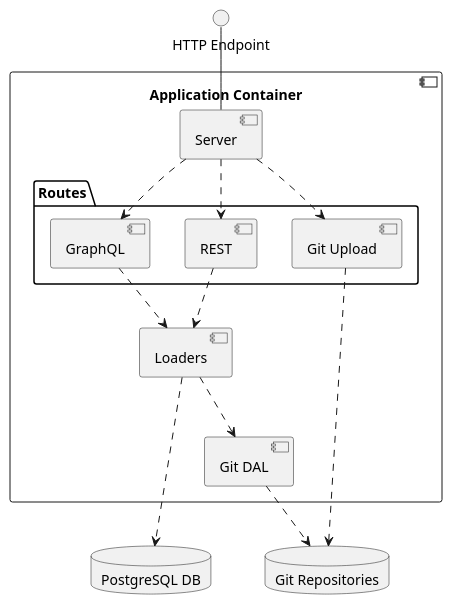
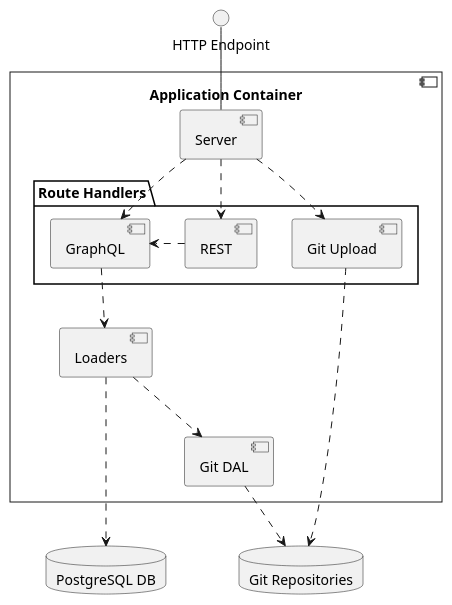
The diagram in schema/components.plantuml (felixfbecker/olfaction), drawn with PlantUML before and after one commit. The commit also changed 3 other files, not shown here.

Commit message:
Improve diagrams

```diff
--- a/schema/components.plantuml
+++ b/schema/components.plantuml
@@ -1,35 +1,35 @@
 @startuml components
 skinparam monochrome true
 skinparam shadowing false
 skinparam backgroundColor transparent
 skinparam classBackgroundColor transparent
-
+skinparam style strictuml
 
 database "Git Repositories" as GitRepos
 database "PostgreSQL DB" as Postgres
 
 () "HTTP Endpoint" as HTTP
 
 component "Application Container" {
   component Server
   HTTP -- Server
-  package "Routes" {
+  package "Route Handlers" {
     component "Git Upload" as GitUpload
     component "REST" as REST
     component "GraphQL" as GraphQL
+    GraphQL <.left. REST
   }
   component Loaders
   component "Git DAL" as GitDAL
 
   Server .down.> GitUpload
   GitUpload .right.> GitRepos
   Server .down.> GraphQL
   Server .down.> REST
-  REST .down.> Loaders
   GraphQL .down.> Loaders
   Loaders .down..> Postgres
   Loaders .down.> GitDAL
   GitDAL ..> GitRepos
 }
 
 @enduml
```
